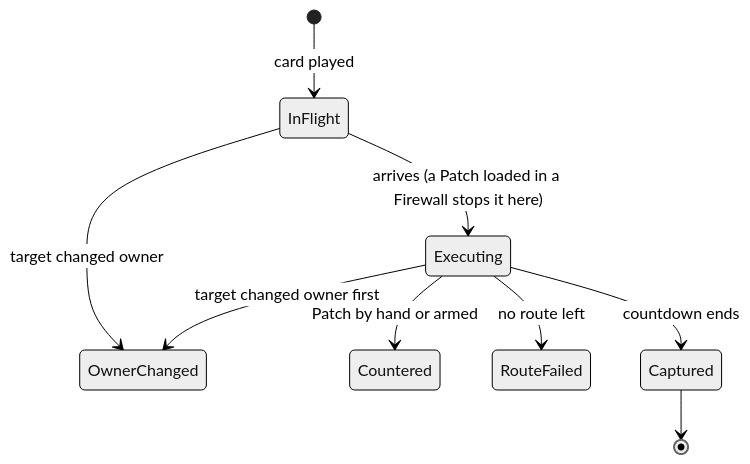
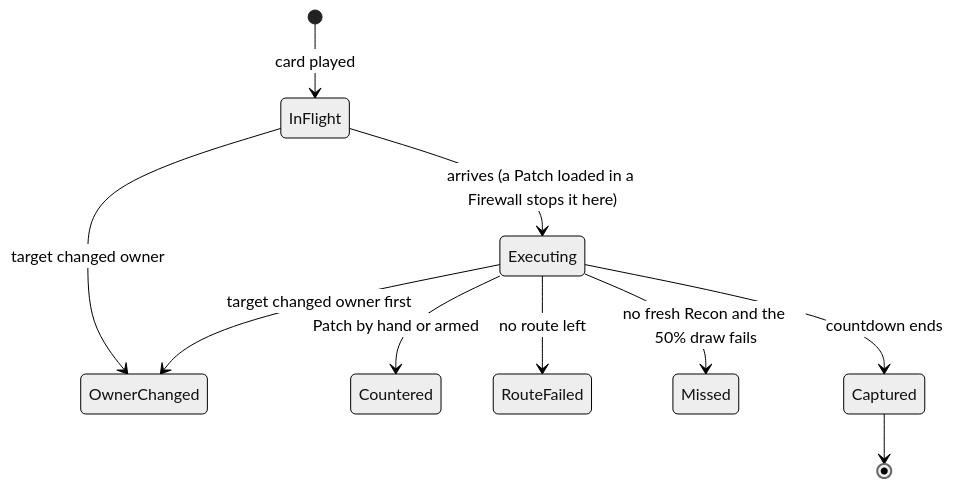
The second of 2 diagrams in docs/DESIGN.md (zzzteph/rim), drawn with Mermaid before and after one commit. The commit also changed other lines of this file and 16 other files, not shown here.

````diff
--- a/docs/DESIGN.md
+++ b/docs/DESIGN.md
@@ -340,12 +345,13 @@
 ```mermaid
 %%{init: {'theme':'neutral'}}%%
 stateDiagram-v2
   [*] --> InFlight: card played
   InFlight --> OwnerChanged: target changed owner
   InFlight --> Executing: arrives (a Patch loaded in a Firewall stops it here)
   Executing --> Countered: Patch by hand or armed
   Executing --> OwnerChanged: target changed owner first
   Executing --> RouteFailed: no route left
+  Executing --> Missed: no fresh Recon and the 50% draw fails
   Executing --> Captured: countdown ends
   Captured --> [*]
 ```
````
